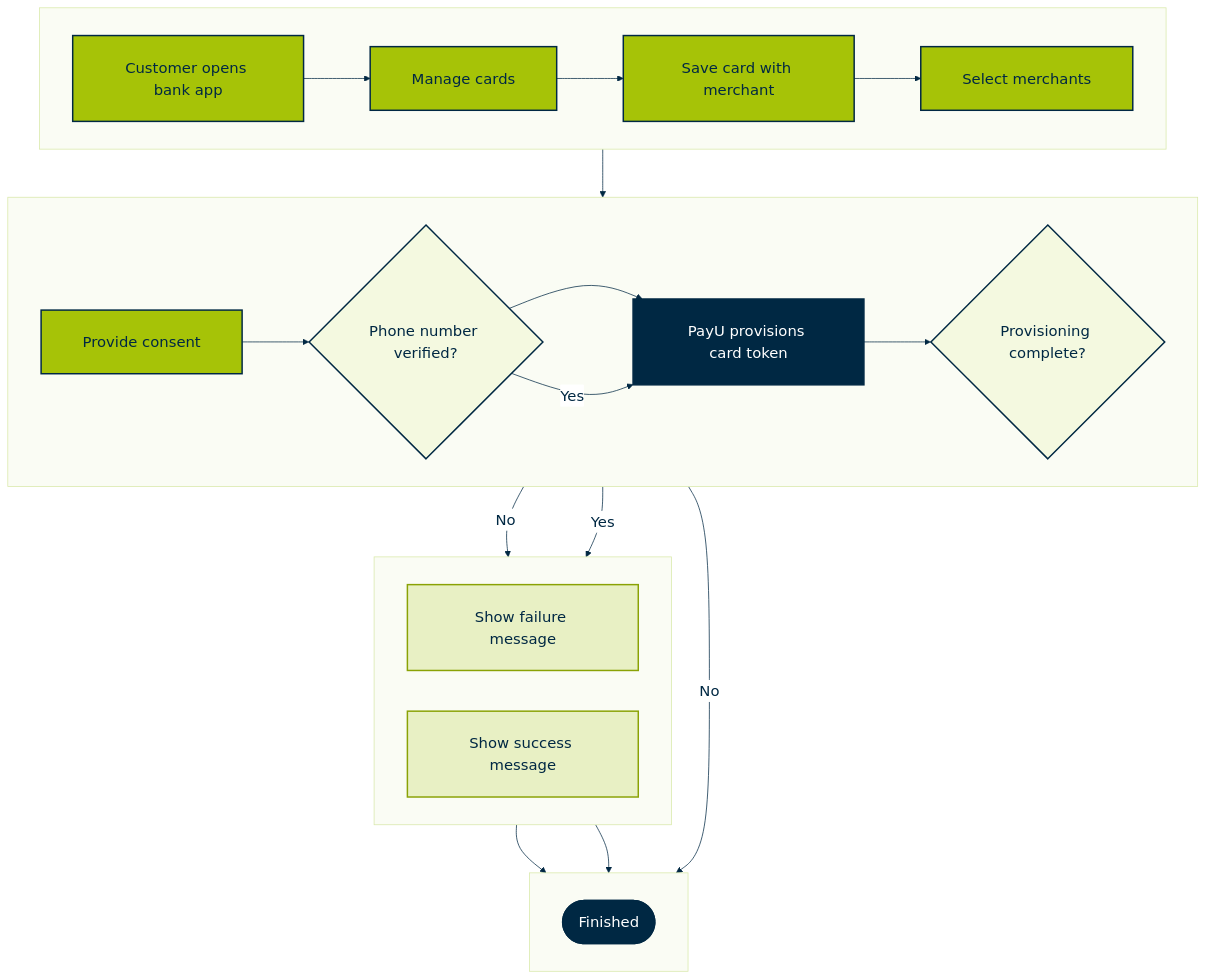
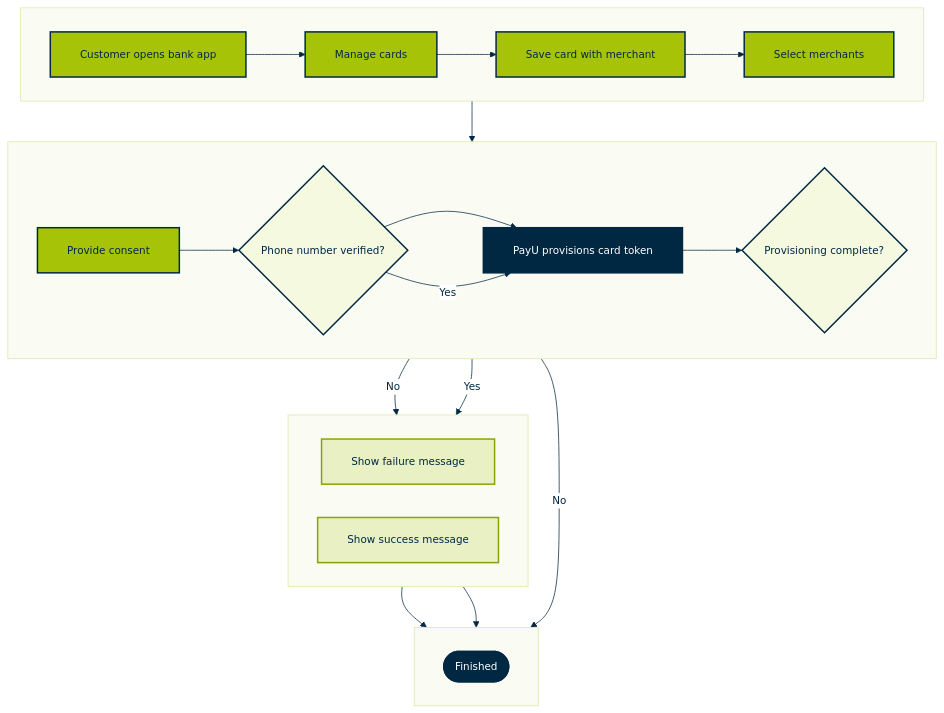
The diagram in docs/Offerings/introduction-save-cards/push-tokenization.md (payu-india/CMS-Chatbot), drawn with Mermaid before and after one commit.

Commit message:
Update doc `push-tokenization`

````diff
--- a/docs/Offerings/introduction-save-cards/push-tokenization.md
+++ b/docs/Offerings/introduction-save-cards/push-tokenization.md
@@ -31,69 +31,69 @@
 ```mermaid
 %%{init: {
   "theme": "base",
   "flowchart": {
     "htmlLabels": true,
     "curve": "basis",
-    "padding": 28,
-    "nodeSpacing": 55,
-    "rankSpacing": 65,
-    "diagramPadding": 20
+    "padding": 20,
+    "nodeSpacing": 45,
+    "rankSpacing": 55,
+    "diagramPadding": 16
   },
   "themeVariables": {
     "fontFamily": "Arial, Helvetica, sans-serif",
-    "fontSize": "20px",
+    "fontSize": "14px",
     "background": "#FFFFFF",
     "primaryColor": "#A6C307",
     "primaryTextColor": "#002843",
     "primaryBorderColor": "#002843",
     "secondaryColor": "#F4F9E0",
     "lineColor": "#002843",
     "textColor": "#002843",
     "clusterBkg": "#FAFCF4",
     "clusterBorder": "#D8E8A8",
     "edgeLabelBackground": "#FFFFFF"
   }
 }}%%
 flowchart TB
     subgraph R1[" "]
         direction LR
         A[Customer opens bank app] --> B[Manage cards] --> C[Save card with merchant] --> D[Select merchants]
     end
 
     subgraph R2[" "]
         direction LR
         E[Provide consent] --> F{Phone number verified?} --> G[PayU provisions card token] --> H{Provisioning complete?}
     end
 
     subgraph R3[" "]
         direction LR
         I[Show failure message]
         J[Show success message]
     end
 
     subgraph R4[" "]
         direction LR
         Done([Finished])
     end
 
     D --> E
     F -->|Yes| G
     F -->|No| Done
     H -->|No| I
     H -->|Yes| J
     I --> Done
     J --> Done
 
     classDef bankStep fill:#A6C307,stroke:#002843,color:#002843,stroke-width:2px
     classDef payuStep fill:#002843,stroke:#002843,color:#FFFFFF,stroke-width:2px
     classDef decision fill:#F4F9E0,stroke:#002843,color:#002843,stroke-width:2px
     classDef outcome fill:#E8F0C4,stroke:#8AA205,color:#002843,stroke-width:2px
     classDef endNode fill:#002843,stroke:#002843,color:#FFFFFF,stroke-width:2px
 
     class A,B,C,D,E bankStep
     class G payuStep
     class F,H decision
     class I,J outcome
     class Done endNode
 
 ```
````
